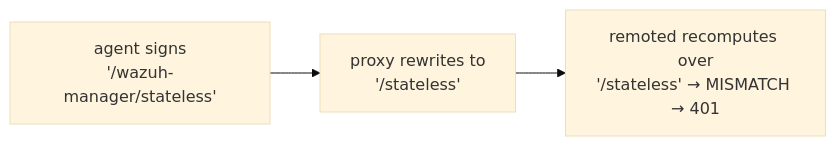
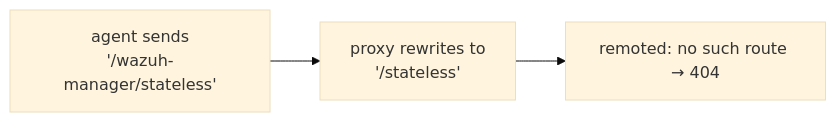
The fifth of 9 diagrams in docs/ref/modules/remoted/load-balancers/README.md (wazuh/wazuh), drawn with Mermaid (base theme) before and after one commit. The commit also changed other lines of this file and 31 other files, not shown here.

First line of the commit message:
docs(remoted): document the wazuh-agent+jwt / wazuh-enroll+jwt bearer profiles (#38582)

````diff
--- a/docs/ref/modules/remoted/load-balancers/README.md
+++ b/docs/ref/modules/remoted/load-balancers/README.md
@@ -134,4 +139,4 @@
 ```mermaid
 flowchart LR
-    A["agent signs<br/>'/wazuh-manager/stateless'"] --> N["proxy rewrites to<br/>'/stateless'"] --> R["remoted recomputes over<br/>'/stateless' → MISMATCH → 401"]
+    A["agent sends<br/>'/wazuh-manager/stateless'"] --> N["proxy rewrites to<br/>'/stateless'"] --> R["remoted: no such route → 404"]
 ```
````
